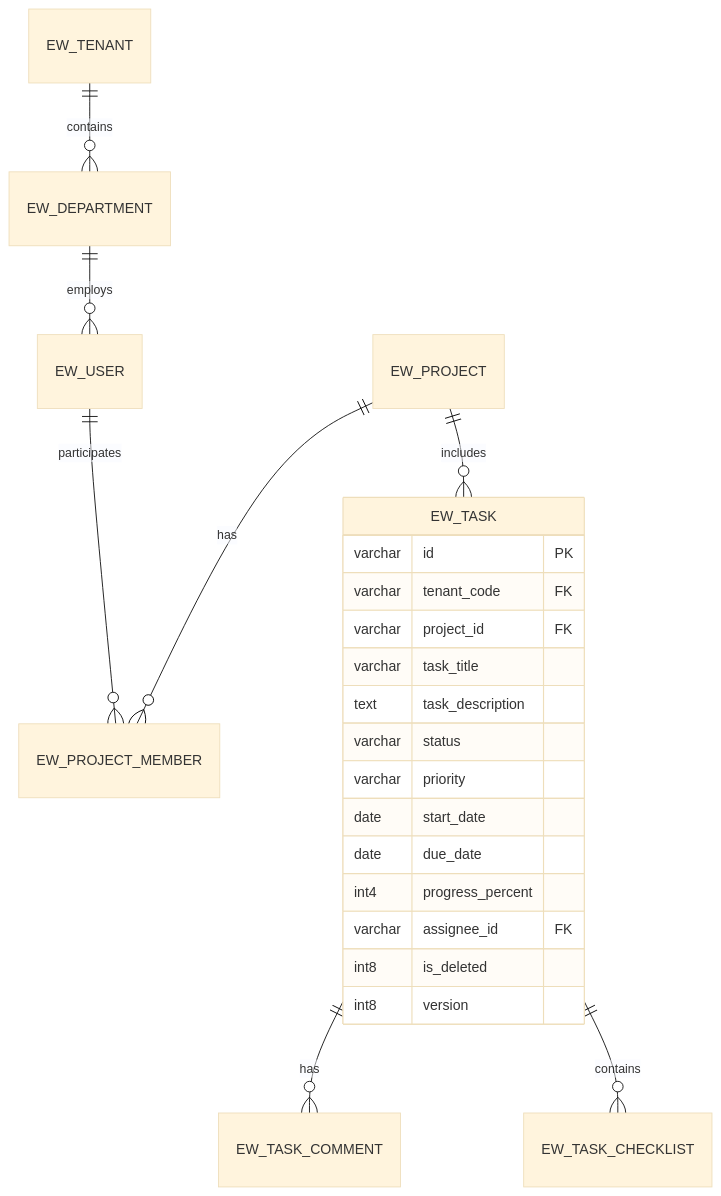
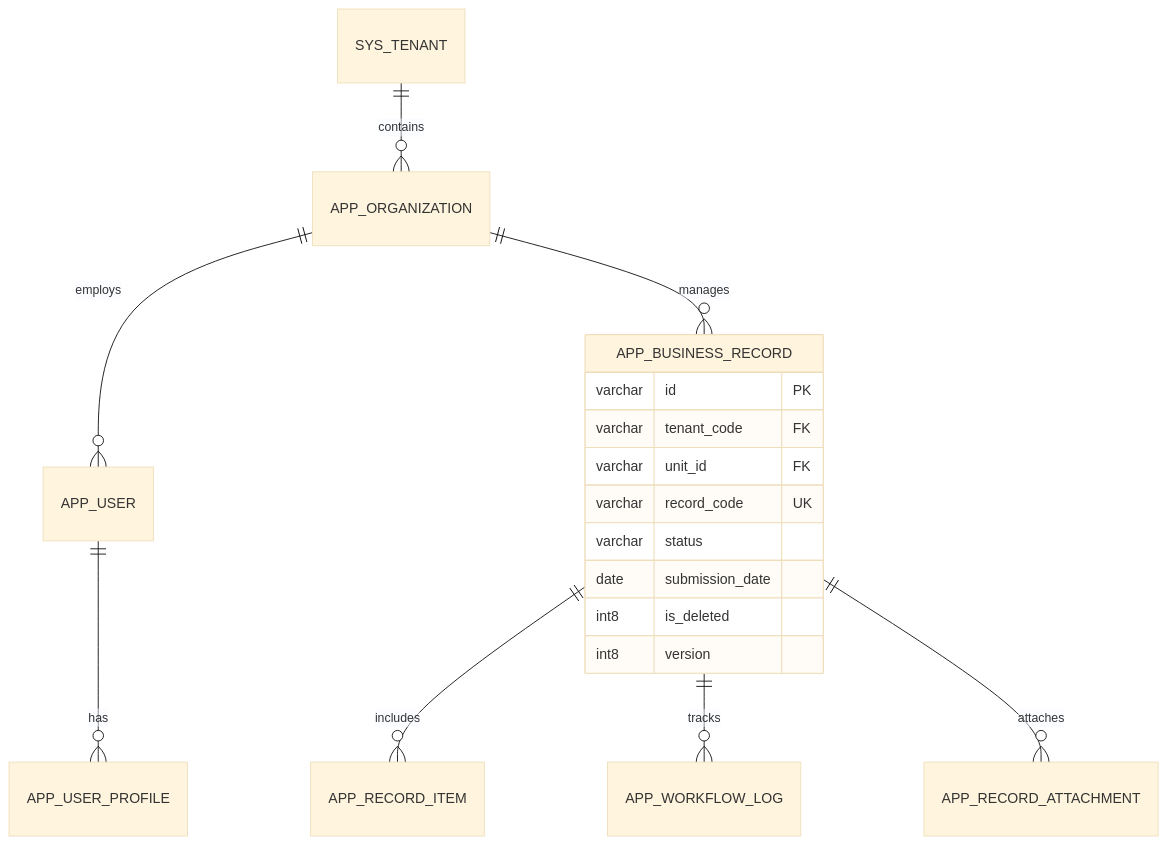
The diagram in enterprise-write-docs/templates/csdl-db-template.md (tienbac2314/skills), drawn with Mermaid (base theme) before and after one commit. The commit also changed other lines of this file and 9 other files, not shown here.

````diff
--- a/enterprise-write-docs/templates/csdl-db-template.md
+++ b/enterprise-write-docs/templates/csdl-db-template.md
@@ -26,26 +26,21 @@
 ```mermaid
 erDiagram
-  EW_TENANT ||--o{ EW_DEPARTMENT : contains
-  EW_DEPARTMENT ||--o{ EW_USER : employs
-  EW_USER ||--o{ EW_PROJECT_MEMBER : participates
-  EW_PROJECT ||--o{ EW_PROJECT_MEMBER : has
-  EW_PROJECT ||--o{ EW_TASK : includes
-  EW_TASK ||--o{ EW_TASK_COMMENT : has
-  EW_TASK ||--o{ EW_TASK_CHECKLIST : contains
+  SYS_TENANT ||--o{ APP_ORGANIZATION : contains
+  APP_ORGANIZATION ||--o{ APP_USER : employs
+  APP_USER ||--o{ APP_USER_PROFILE : has
+  APP_ORGANIZATION ||--o{ APP_BUSINESS_RECORD : manages
+  APP_BUSINESS_RECORD ||--o{ APP_RECORD_ITEM : includes
+  APP_BUSINESS_RECORD ||--o{ APP_WORKFLOW_LOG : tracks
+  APP_BUSINESS_RECORD ||--o{ APP_RECORD_ATTACHMENT : attaches
 
-  EW_TASK {
+  APP_BUSINESS_RECORD {
     varchar id PK
     varchar tenant_code FK
-    varchar project_id FK
-    varchar task_title
-    text task_description
+    varchar unit_id FK
+    varchar record_code UK
     varchar status
-    varchar priority
-    date start_date
-    date due_date
-    int4 progress_percent
-    varchar assignee_id FK
+    date submission_date
     int8 is_deleted
     int8 version
   }
 ```
````
